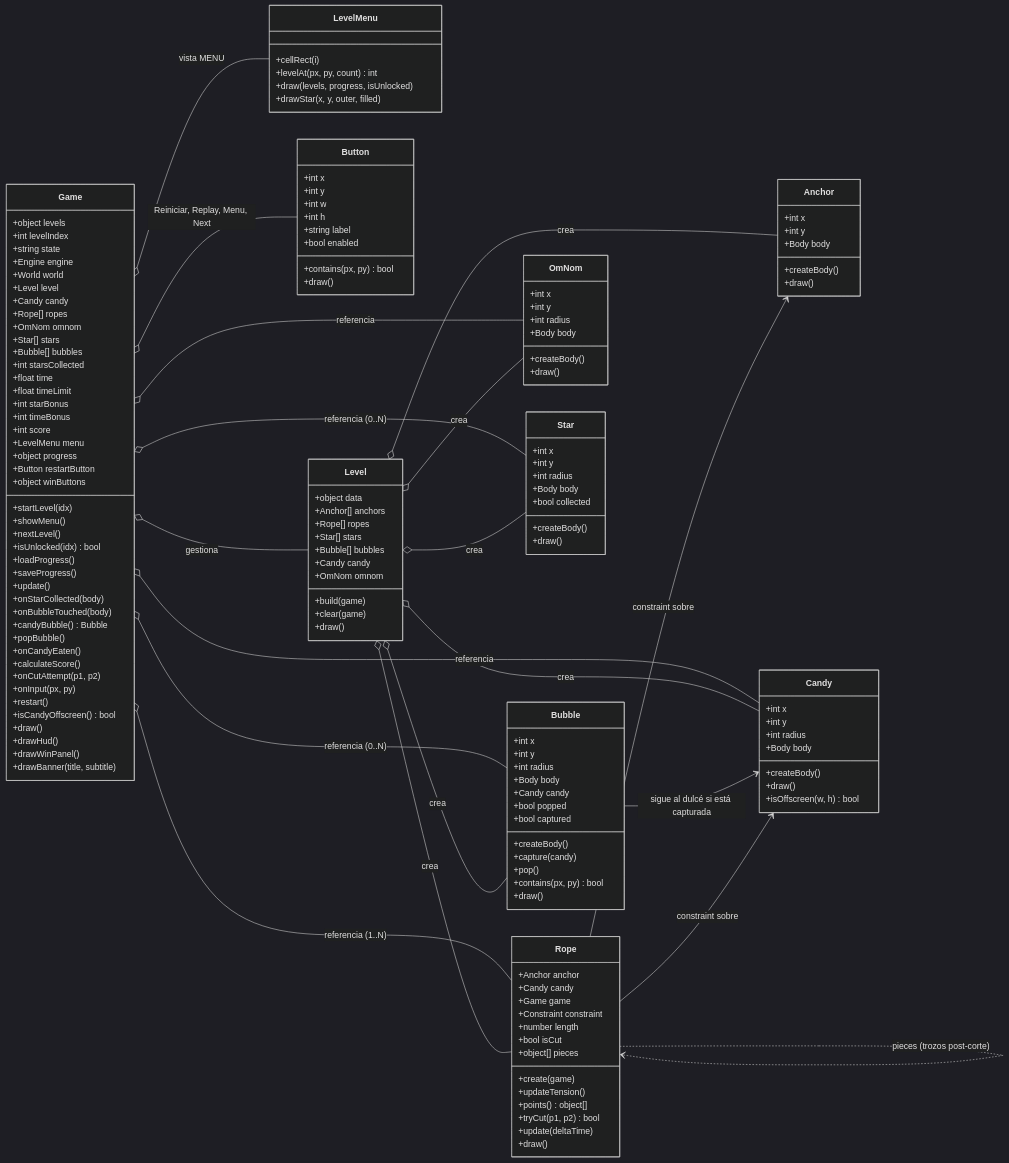
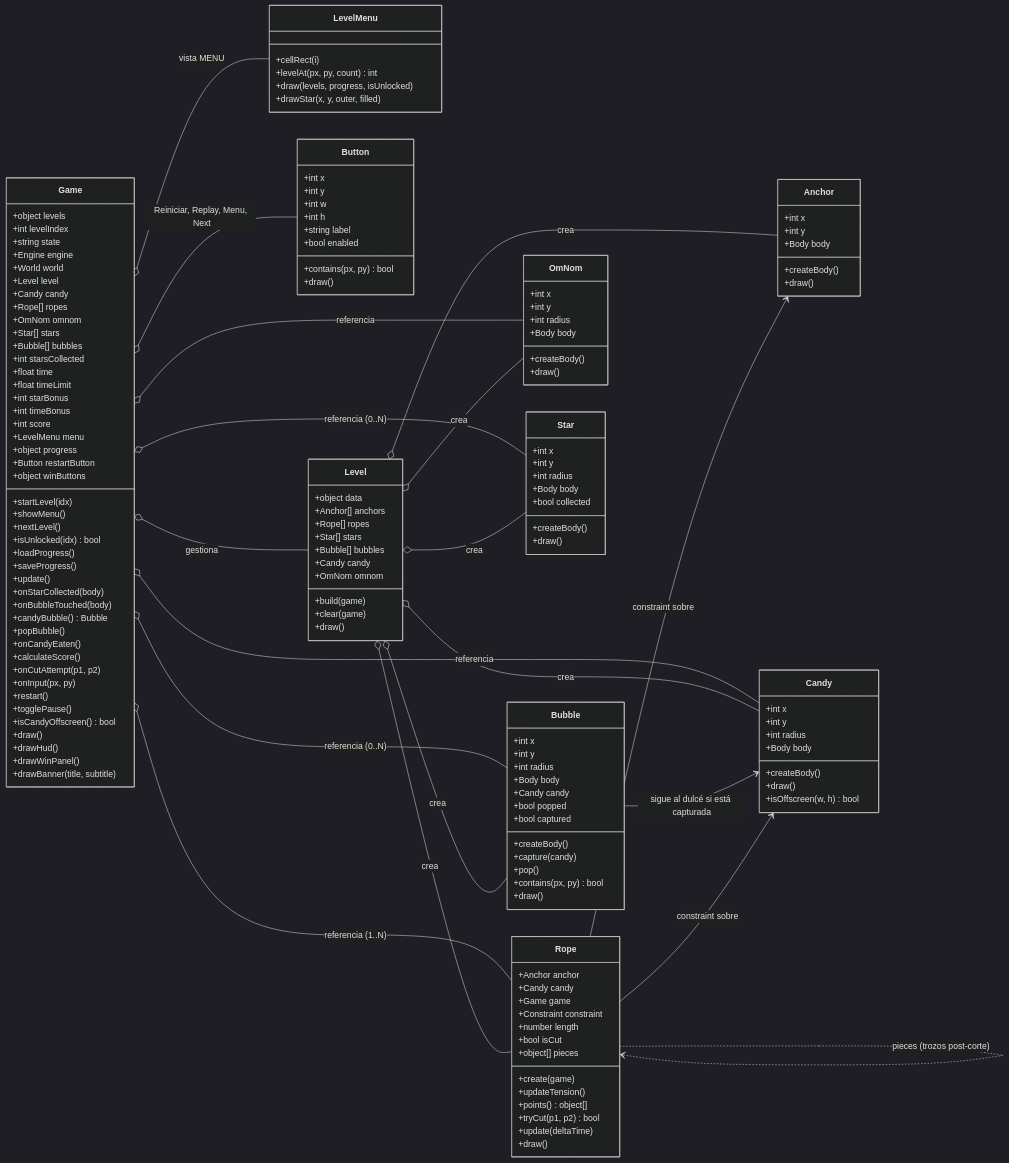
One commit to ShryhakAkizuki/Cut_The_Rope-Visual_Computing_2026-II changed the third of 5 diagrams in docs/arquitectura-mvp.md. Above: the diagram before and after it, drawn with Mermaid (dark theme). The commit also changed other lines of this file and 2 other files, not shown here.

```diff
--- a/docs/arquitectura-mvp.md
+++ b/docs/arquitectura-mvp.md
@@ -191,6 +195,7 @@
         +onCutAttempt(p1, p2)
         +onInput(px, py)
         +restart()
+        +togglePause()
         +isCandyOffscreen() bool
         +draw()
         +drawHud()
```
